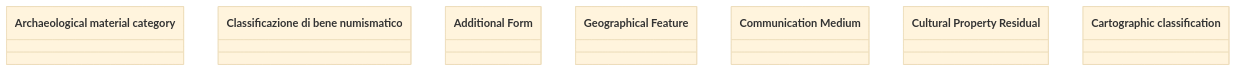
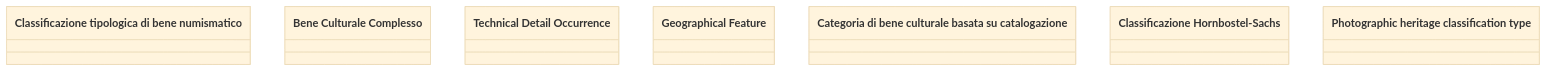
Before and after one commit to oeg-upm/Devos: the diagram in output/ieswc_meta/arco1.2.owl-abstract-7-0-hard.md, drawn with Mermaid (base theme). The commit also changed 131 other files, not shown here.

````diff
--- a/output/ieswc_meta/arco1.2.owl-abstract-7-0-hard.md
+++ b/output/ieswc_meta/arco1.2.owl-abstract-7-0-hard.md
@@ -1,35 +1,35 @@
 ```mermaid
 	classDiagram
 
     
-    class `Archaeological material category` {
+    class `Classificazione tipologica di bene numismatico` {
     
     }
 
-    class `Classificazione di bene numismatico` {
+    class `Bene Culturale Complesso` {
     
     }
 
-    class `Additional Form` {
+    class `Technical Detail Occurrence` {
     
     }
 
     class `Geographical Feature` {
     
     }
 
-    class `Communication Medium` {
+    class `Categoria di bene culturale basata su catalogazione` {
     
     }
 
-    class `Cultural Property Residual` {
+    class `Classificazione Hornbostel-Sachs` {
     
     }
 
-    class `Cartographic classification` {
+    class `Photographic heritage classification type` {
     
     }
 
 
 
 ```
````
